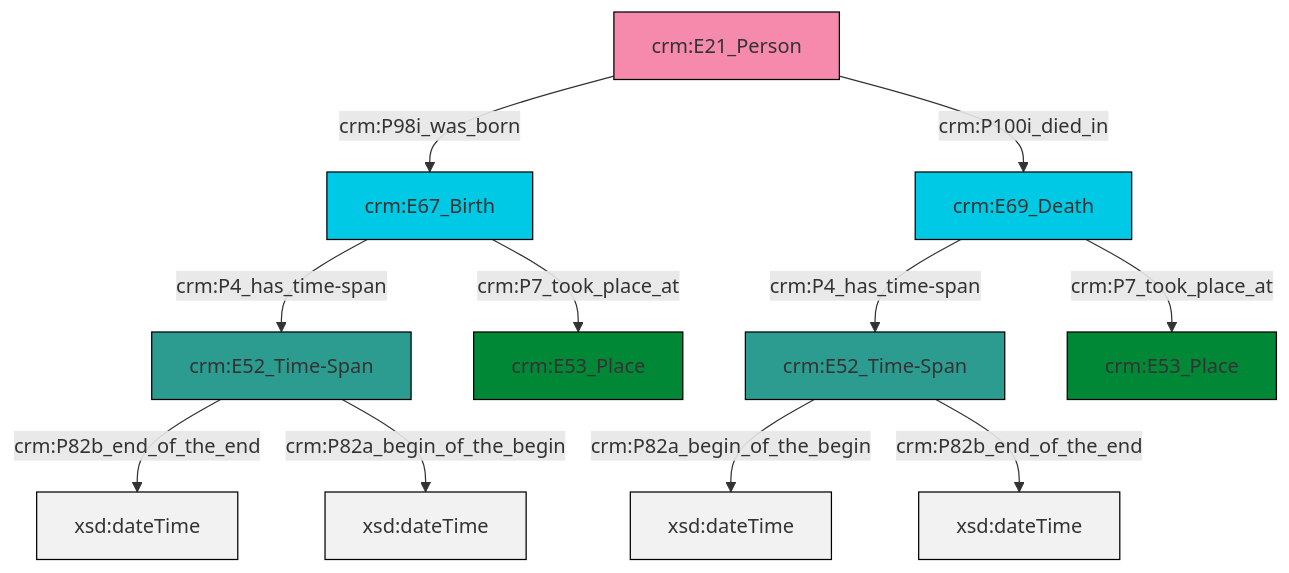
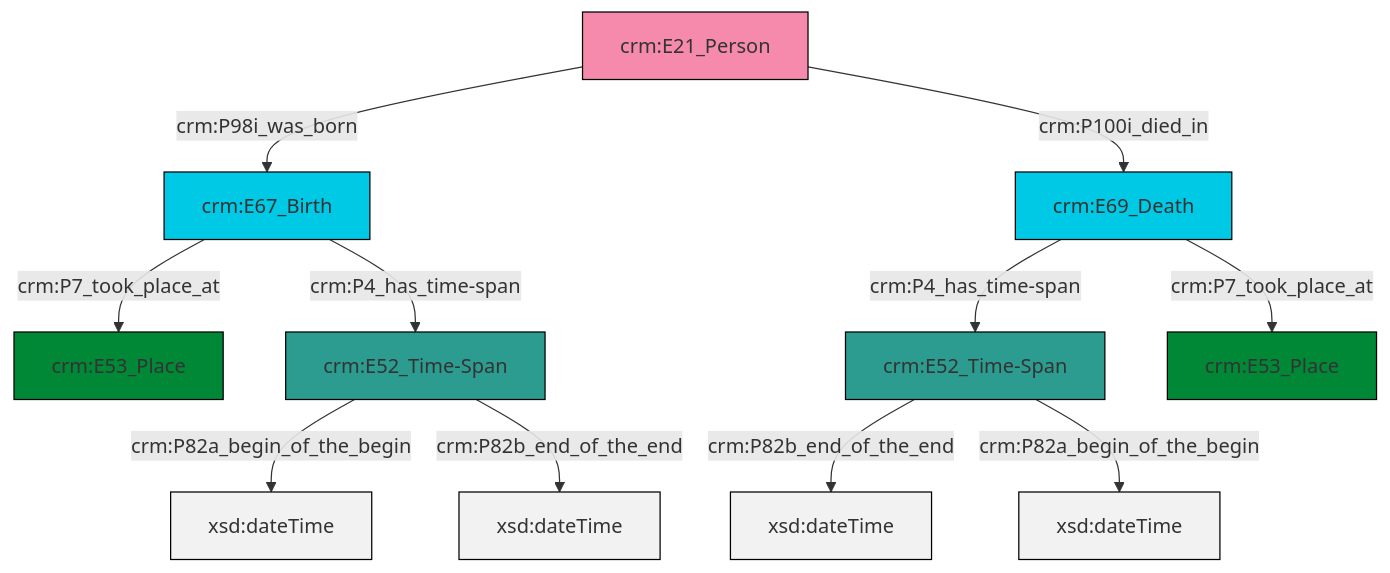
The diagram in et/personCSV/ttl/mmd/Person_Existence.ttl.mmd (swiss-art-research-net/reference-data-models), drawn with Mermaid before and after one commit. The commit also changed 154 other files, not shown here.

```diff
--- a/et/personCSV/ttl/mmd/Person_Existence.ttl.mmd
+++ b/et/personCSV/ttl/mmd/Person_Existence.ttl.mmd
@@ -1,25 +1,25 @@
 graph TD
 classDef Literal fill:#f2f2f2,stroke:#000000;
 classDef CRM_Entity fill:#FFFFFF,stroke:#000000;
 classDef Temporal_Entity fill:#00C9E6, stroke:#000000;
 classDef Type fill:#E18312, stroke:#000000;
 classDef Time-Span fill:#2C9C91, stroke:#000000;
 classDef Appellation fill:#FFEB7F, stroke:#000000;
 classDef Place fill:#008836, stroke:#000000;
 classDef Persistent_Item fill:#B266B2, stroke:#000000;
 classDef Conceptual_Object fill:#FFD700, stroke:#000000;
 classDef Physical_Thing fill:#D2B48C, stroke:#000000;
 classDef Actor fill:#f58aad, stroke:#000000;
 classDef PC_Classes fill:#4ce600, stroke:#000000;
 classDef Multi fill:#cccccc,stroke:#000000;
 
-0["crm:E52_Time-Span"]:::Time-Span -->|crm:P82a_begin_of_the_begin| 1[xsd:dateTime]:::Literal
-4["crm:E69_Death"]:::Temporal_Entity -->|crm:P4_has_time-span| 0["crm:E52_Time-Span"]:::Time-Span
-8["crm:E52_Time-Span"]:::Time-Span -->|crm:P82b_end_of_the_end| 9[xsd:dateTime]:::Literal
-6["crm:E21_Person"]:::Actor -->|crm:P98i_was_born| 10["crm:E67_Birth"]:::Temporal_Entity
-10["crm:E67_Birth"]:::Temporal_Entity -->|crm:P4_has_time-span| 8["crm:E52_Time-Span"]:::Time-Span
-6["crm:E21_Person"]:::Actor -->|crm:P100i_died_in| 4["crm:E69_Death"]:::Temporal_Entity
-0["crm:E52_Time-Span"]:::Time-Span -->|crm:P82b_end_of_the_end| 14[xsd:dateTime]:::Literal
-10["crm:E67_Birth"]:::Temporal_Entity -->|crm:P7_took_place_at| 12["crm:E53_Place"]:::Place
-4["crm:E69_Death"]:::Temporal_Entity -->|crm:P7_took_place_at| 2["crm:E53_Place"]:::Place
-8["crm:E52_Time-Span"]:::Time-Span -->|crm:P82a_begin_of_the_begin| 17[xsd:dateTime]:::Literal
+4["crm:E67_Birth"]:::Temporal_Entity -->|crm:P7_took_place_at| 5["crm:E53_Place"]:::Place
+7["crm:E69_Death"]:::Temporal_Entity -->|crm:P4_has_time-span| 8["crm:E52_Time-Span"]:::Time-Span
+9["crm:E52_Time-Span"]:::Time-Span -->|crm:P82a_begin_of_the_begin| 10[xsd:dateTime]:::Literal
+2["crm:E21_Person"]:::Actor -->|crm:P98i_was_born| 4["crm:E67_Birth"]:::Temporal_Entity
+8["crm:E52_Time-Span"]:::Time-Span -->|crm:P82b_end_of_the_end| 11[xsd:dateTime]:::Literal
+7["crm:E69_Death"]:::Temporal_Entity -->|crm:P7_took_place_at| 0["crm:E53_Place"]:::Place
+4["crm:E67_Birth"]:::Temporal_Entity -->|crm:P4_has_time-span| 9["crm:E52_Time-Span"]:::Time-Span
+8["crm:E52_Time-Span"]:::Time-Span -->|crm:P82a_begin_of_the_begin| 13[xsd:dateTime]:::Literal
+2["crm:E21_Person"]:::Actor -->|crm:P100i_died_in| 7["crm:E69_Death"]:::Temporal_Entity
+9["crm:E52_Time-Span"]:::Time-Span -->|crm:P82b_end_of_the_end| 16[xsd:dateTime]:::Literal
```
